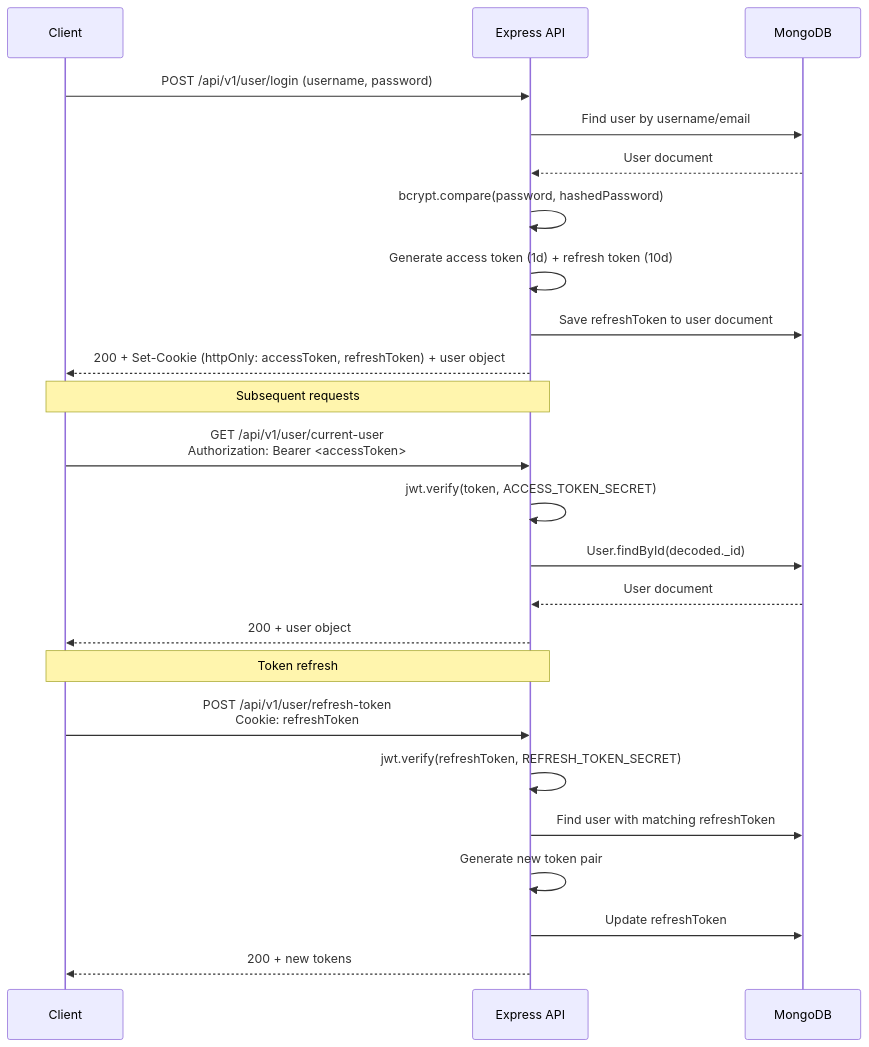
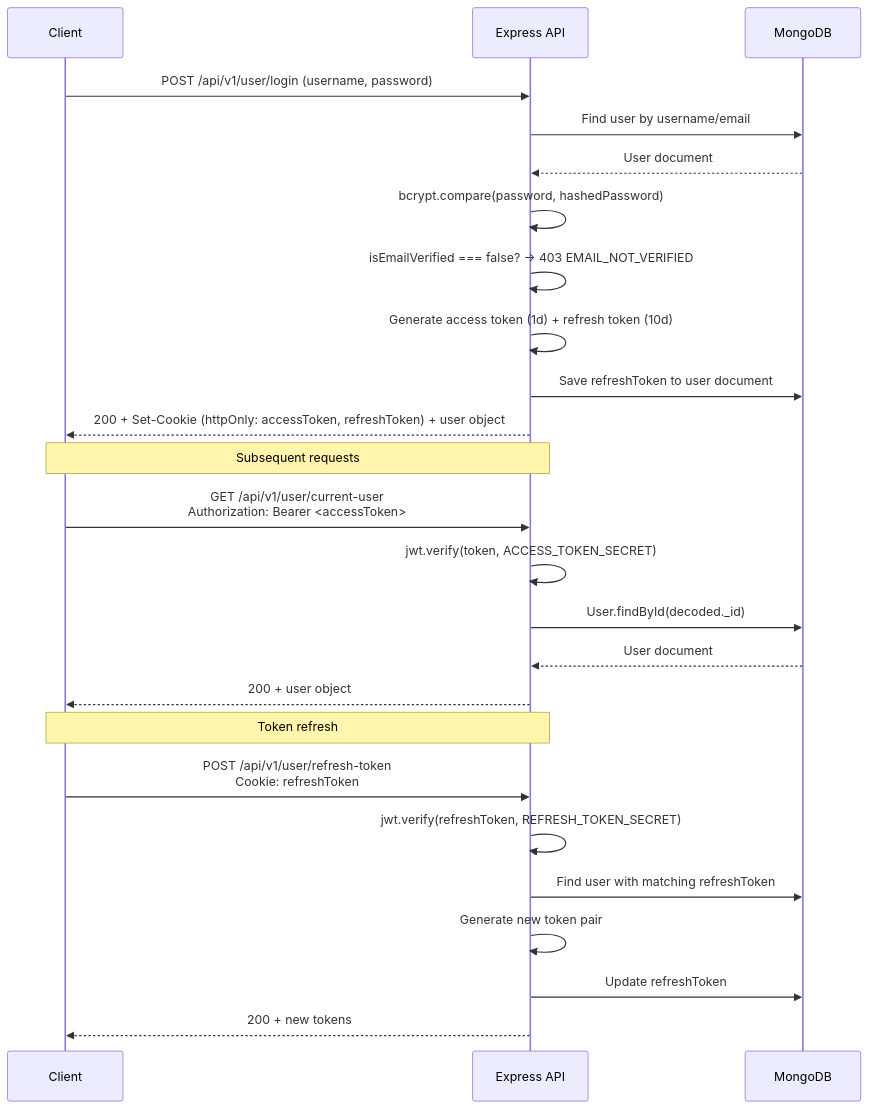
The second of 8 diagrams in README.md (Barmanji/Threadly), drawn with Mermaid before and after one commit. The commit also changed other lines of this file, not shown here.

Commit message:
docs(readme): add emoji reaction, email verification and more

````diff
--- a/README.md
+++ b/README.md
@@ -141,29 +128,30 @@
 ```mermaid
 sequenceDiagram
     participant C as Client
     participant API as Express API
     participant DB as MongoDB
 
     C->>API: POST /api/v1/user/login (username, password)
     API->>DB: Find user by username/email
     DB-->>API: User document
     API->>API: bcrypt.compare(password, hashedPassword)
+    API->>API: isEmailVerified === false? -> 403 EMAIL_NOT_VERIFIED
     API->>API: Generate access token (1d) + refresh token (10d)
     API->>DB: Save refreshToken to user document
     API-->>C: 200 + Set-Cookie (httpOnly: accessToken, refreshToken) + user object
 
     Note over C,API: Subsequent requests
     C->>API: GET /api/v1/user/current-user<br/>Authorization: Bearer <accessToken>
     API->>API: jwt.verify(token, ACCESS_TOKEN_SECRET)
     API->>DB: User.findById(decoded._id)
     DB-->>API: User document
     API-->>C: 200 + user object
 
     Note over C,API: Token refresh
     C->>API: POST /api/v1/user/refresh-token<br/>Cookie: refreshToken
     API->>API: jwt.verify(refreshToken, REFRESH_TOKEN_SECRET)
     API->>DB: Find user with matching refreshToken
     API->>API: Generate new token pair
     API->>DB: Update refreshToken
     API-->>C: 200 + new tokens
 ```
````
